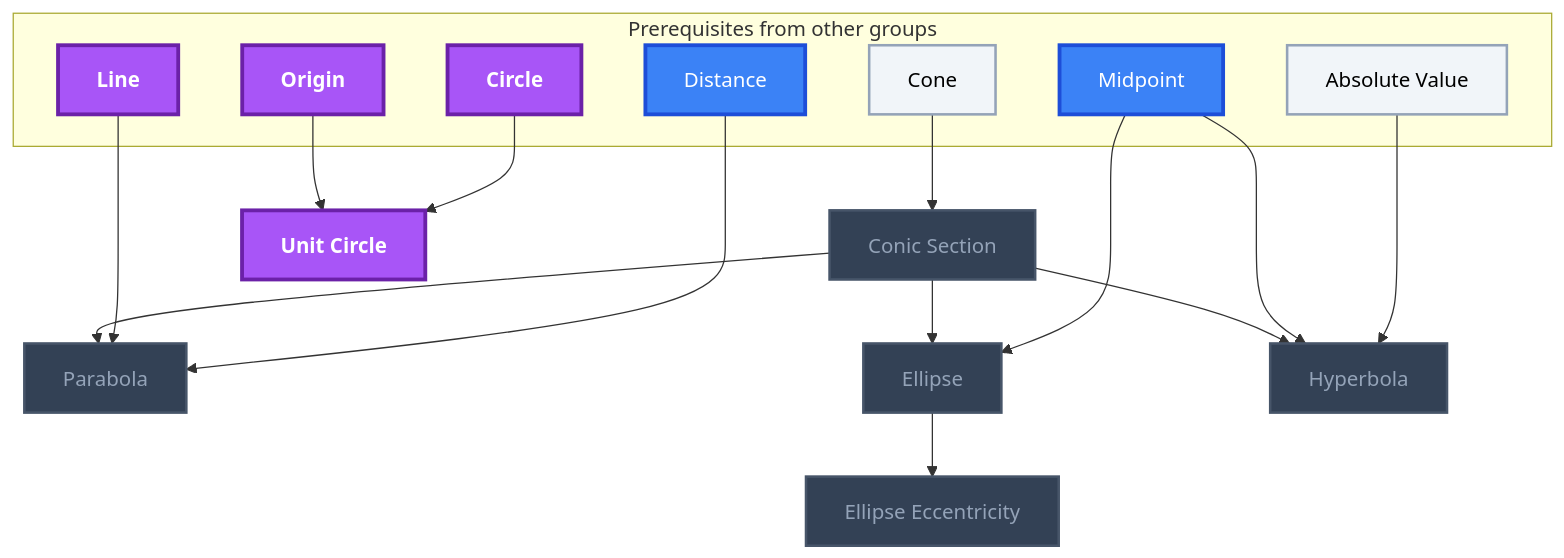
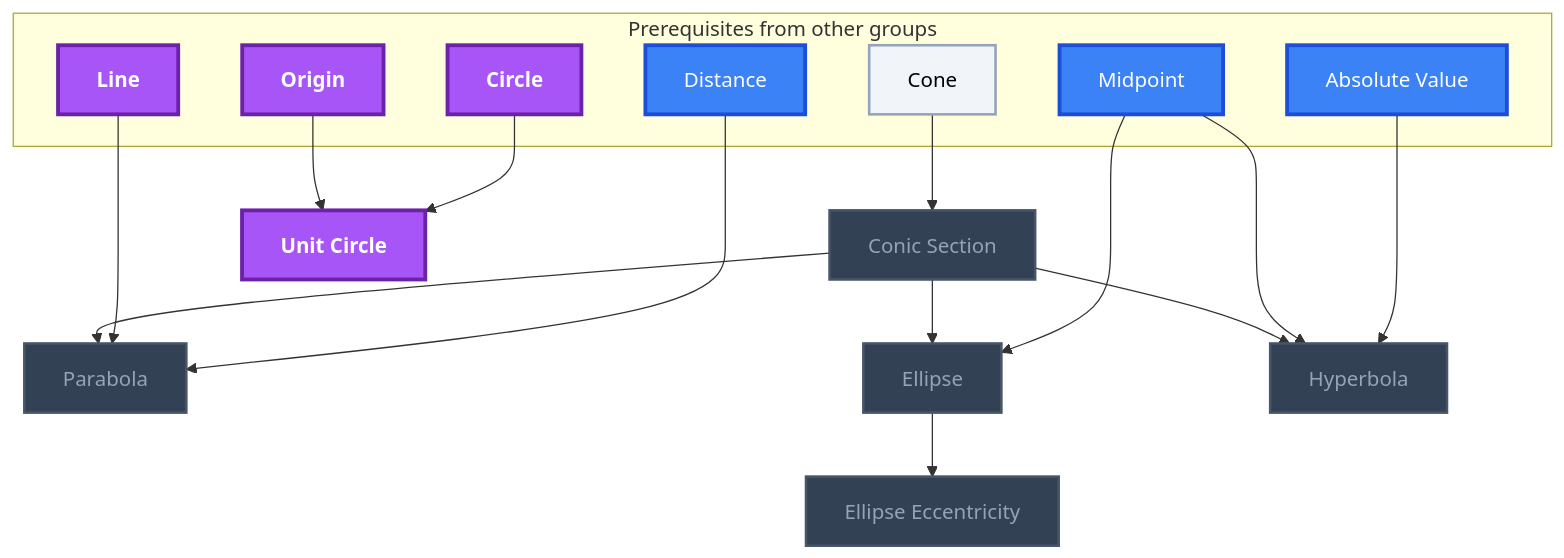
Before and after one commit to MRauf1/My-Notes: the seventh of 11 diagrams in Gamification/Skill Trees/Pre-Calculus.md, drawn with Mermaid. The commit also changed other lines of this file and 57 other files, not shown here.

````diff
--- a/Gamification/Skill Trees/Pre-Calculus.md
+++ b/Gamification/Skill Trees/Pre-Calculus.md
@@ -512,44 +512,44 @@
 ```mermaid
 flowchart TD
     classDef planned fill:#1E293B,stroke:#64748B,stroke-width:2px,stroke-dasharray:5 5,color:#94A3B8;
     classDef locked fill:#334155,stroke:#475569,stroke-width:2px,color:#94A3B8;
     classDef L0 fill:#F1F5F9,stroke:#94A3B8,stroke-width:2px,color:#000000;
     classDef L1 fill:#22C55E,stroke:#15803D,stroke-width:2px,color:#000000;
     classDef L2 fill:#3B82F6,stroke:#1D4ED8,stroke-width:3px,color:#FFFFFF;
     classDef L3 fill:#A855F7,stroke:#6B21A8,stroke-width:3px,color:#FFFFFF,font-weight:bold;
     classDef L4 fill:#F97316,stroke:#C2410C,stroke-width:4px,color:#000000,font-weight:bold;
     classDef L5 fill:#FFD700,stroke:#FF8C00,stroke-width:5px,color:#000000,font-weight:bold;
     classDef rusty stroke:#8B4513,stroke-width:4px,stroke-dasharray:3 3;
     subgraph sg_prereqs["Prerequisites from other groups"]
         n_cone["Cone"]
         n_circle["Circle"]
         n_origin["Origin"]
         n_distance["Distance"]
         n_line["Line"]
         n_midpoint["Midpoint"]
         n_absolute_value["Absolute Value"]
     end
     n_conic_section["Conic Section"]
     n_unit_circle["Unit Circle"]
     n_parabola["Parabola"]
     n_ellipse["Ellipse"]
     n_ellipse_eccentricity["Ellipse Eccentricity"]
     n_hyperbola["Hyperbola"]
     n_cone --> n_conic_section
     n_circle --> n_unit_circle
     n_origin --> n_unit_circle
     n_distance --> n_parabola
     n_line --> n_parabola
     n_conic_section --> n_parabola
     n_midpoint --> n_ellipse
     n_conic_section --> n_ellipse
     n_ellipse --> n_ellipse_eccentricity
     n_absolute_value --> n_hyperbola
     n_midpoint --> n_hyperbola
     n_conic_section --> n_hyperbola
     class n_conic_section,n_parabola,n_ellipse,n_ellipse_eccentricity,n_hyperbola locked;
-    class n_cone,n_absolute_value L0;
-    class n_distance,n_midpoint L2;
+    class n_cone L0;
+    class n_distance,n_midpoint,n_absolute_value L2;
     class n_circle,n_origin,n_line,n_unit_circle L3;
     class n_cone,n_circle,n_origin,n_distance,n_line,n_midpoint,n_absolute_value,n_conic_section,n_unit_circle,n_parabola,n_ellipse,n_ellipse_eccentricity,n_hyperbola internal-link;
 ```
````
